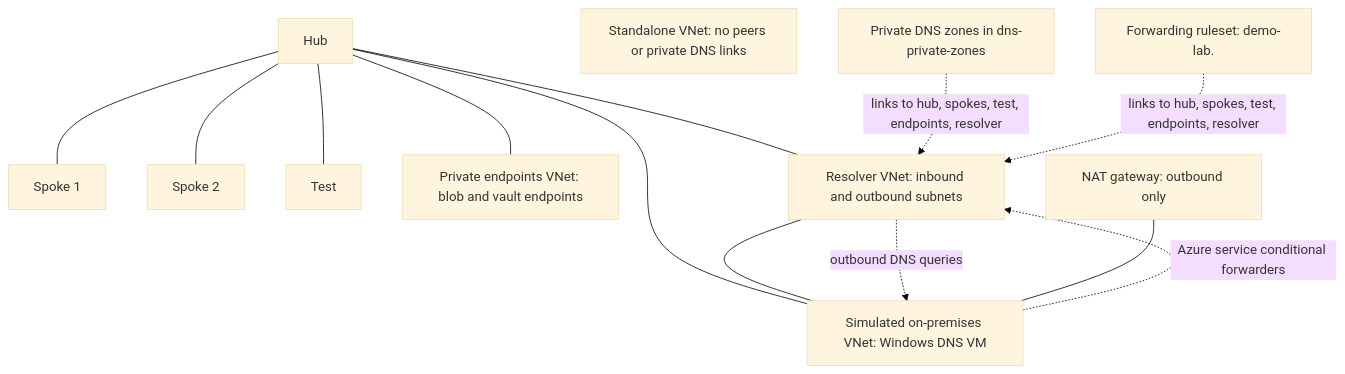
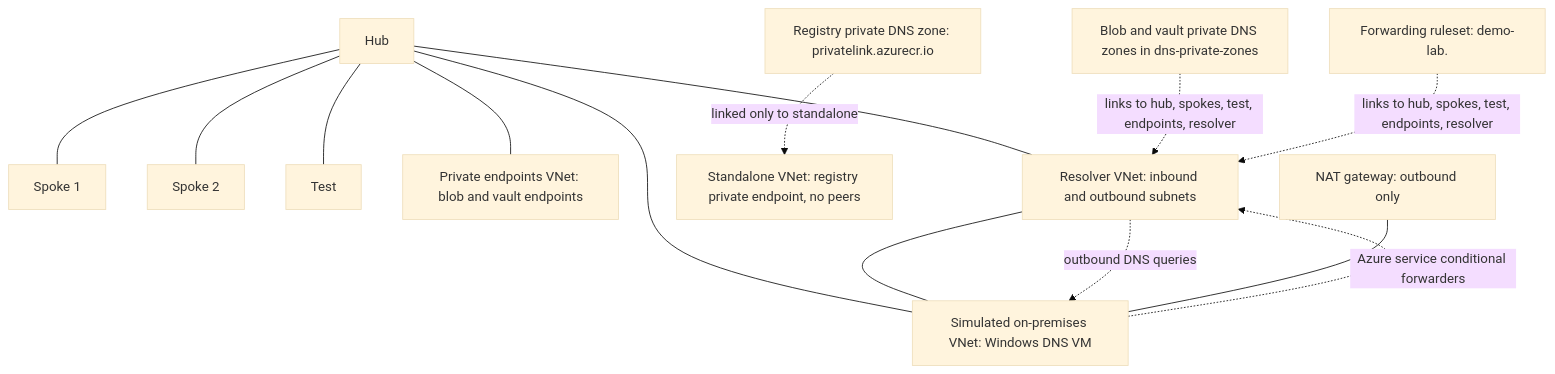
Before and after one commit to ruifelixpereira/dns-hybrid: the diagram in lab-00-scenario-setup/README.md, drawn with Mermaid (base theme). The commit also changed other lines of this file and 20 other files, not shown here.

````diff
--- a/lab-00-scenario-setup/README.md
+++ b/lab-00-scenario-setup/README.md
@@ -43,18 +43,20 @@
 ```mermaid
 flowchart TB
   H[Hub] --- S1[Spoke 1]
   H --- S2[Spoke 2]
   H --- T[Test]
   H --- P[Private endpoints VNet: blob and vault endpoints]
   H --- R[Resolver VNet: inbound and outbound subnets]
   H --- O[Simulated on-premises VNet: Windows DNS VM]
   R --- O
-  I[Standalone VNet: no peers or private DNS links]
-  Z[Private DNS zones in dns-private-zones]
+  I[Standalone VNet: registry private endpoint, no peers]
+  C[Registry private DNS zone: privatelink.azurecr.io]
+  C -. linked only to standalone .-> I
+  Z[Blob and vault private DNS zones in dns-private-zones]
   F[Forwarding ruleset: demo-lab.]
   Z -. links to hub, spokes, test, endpoints, resolver .-> R
   F -. links to hub, spokes, test, endpoints, resolver .-> R
   R -. outbound DNS queries .-> O
   O -. Azure service conditional forwarders .-> R
   N[NAT gateway: outbound only] --- O
 ```
````
